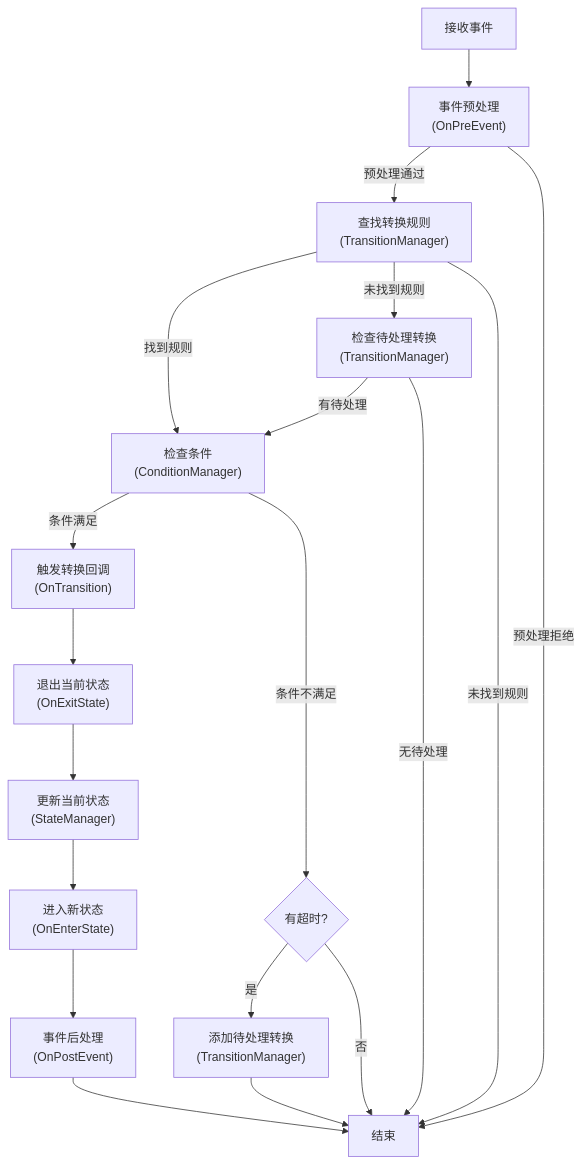
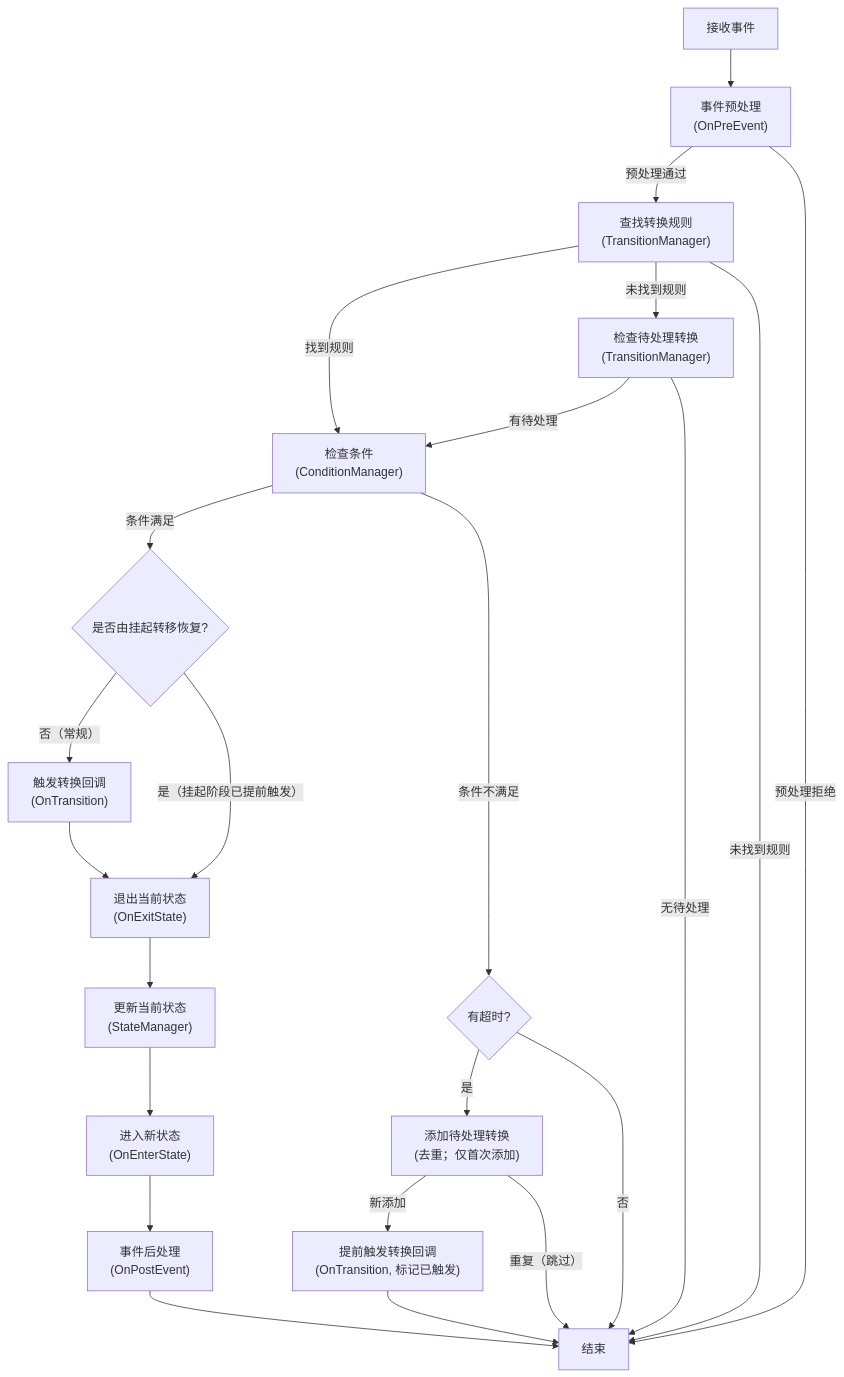
Before and after one commit to JUSTLIKEHU/StateMachine_Frame: the second of 6 diagrams in README_CN.md, drawn with Mermaid. The commit also changed other lines of this file and 15 other files, not shown here.

First line of the commit message:
feat(smf): add two-phase OnTransition for pending transitions

````diff
--- a/README_CN.md
+++ b/README_CN.md
@@ -1318,26 +1344,30 @@
 ```mermaid
 graph TD
     Start[接收事件] --> PreProcess["事件预处理<br>(OnPreEvent)"]
     PreProcess -- 预处理通过 --> FindRules["查找转换规则<br>(TransitionManager)"]
     PreProcess -- 预处理拒绝 --> End[结束]
     
     FindRules -- 找到规则 --> CheckCond["检查条件<br>(ConditionManager)"]
     FindRules -- 未找到规则 --> CheckPending["检查待处理转换<br>(TransitionManager)"]
     FindRules -- 未找到规则 --> End
     
-    CheckCond -- 条件满足 --> TransCallback["触发转换回调<br>(OnTransition)"]
+    CheckCond -- 条件满足 --> CheckResume{"是否由挂起转移恢复?"}
+    CheckResume -- "否（常规）" --> TransCallback["触发转换回调<br>(OnTransition)"]
+    CheckResume -- "是（挂起阶段已提前触发）" --> ExitStates
     CheckCond -- 条件不满足 --> CheckTimeout{"有超时?"}
     
-    CheckTimeout -- 是 --> AddPending["添加待处理转换<br>(TransitionManager)"]
+    CheckTimeout -- 是 --> AddPending["添加待处理转换<br>(去重；仅首次添加)"]
+    AddPending -- "新添加" --> EarlyTrans["提前触发转换回调<br>(OnTransition, 标记已触发)"]
+    AddPending -- "重复（跳过）" --> End
     CheckTimeout -- 否 --> End
-    AddPending --> End
+    EarlyTrans --> End
     
     CheckPending -- 有待处理 --> CheckCond
     CheckPending -- 无待处理 --> End
     
     TransCallback --> ExitStates["退出当前状态<br>(OnExitState)"]
     ExitStates --> UpdateState["更新当前状态<br>(StateManager)"]
     UpdateState --> EnterStates["进入新状态<br>(OnEnterState)"]
     EnterStates --> PostProcess["事件后处理<br>(OnPostEvent)"]
     PostProcess --> End
 ```
````
